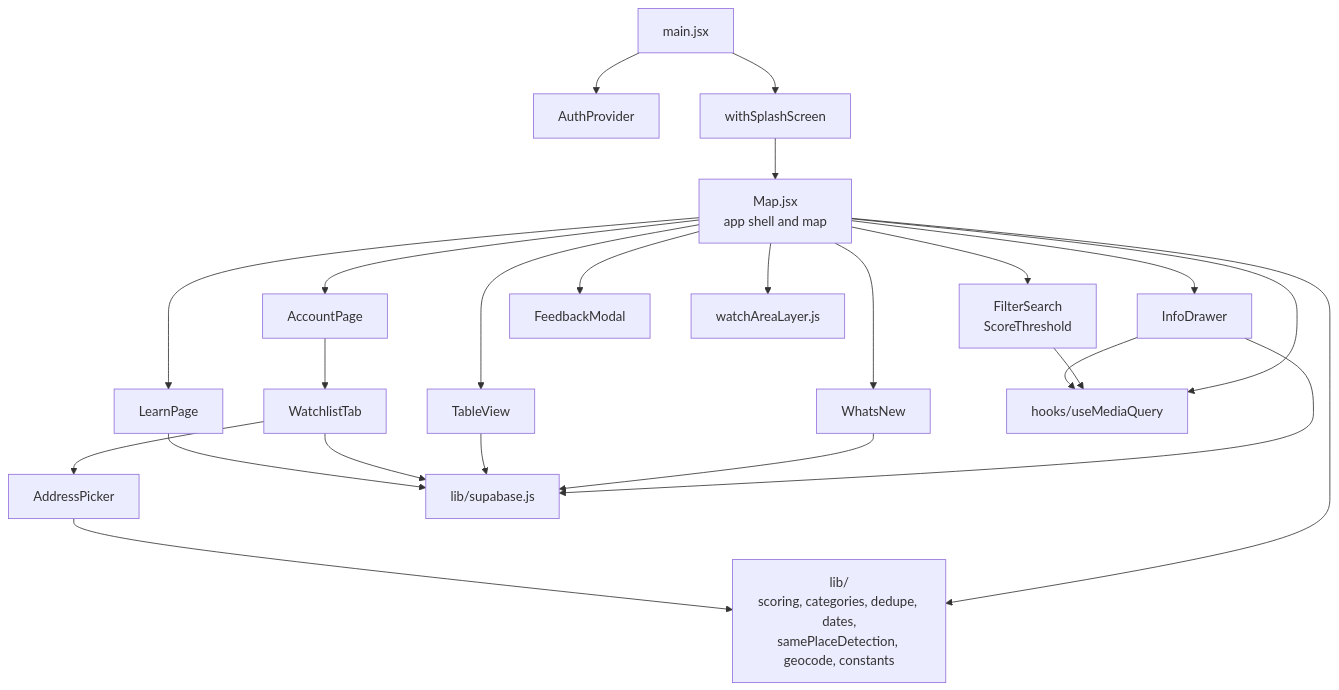
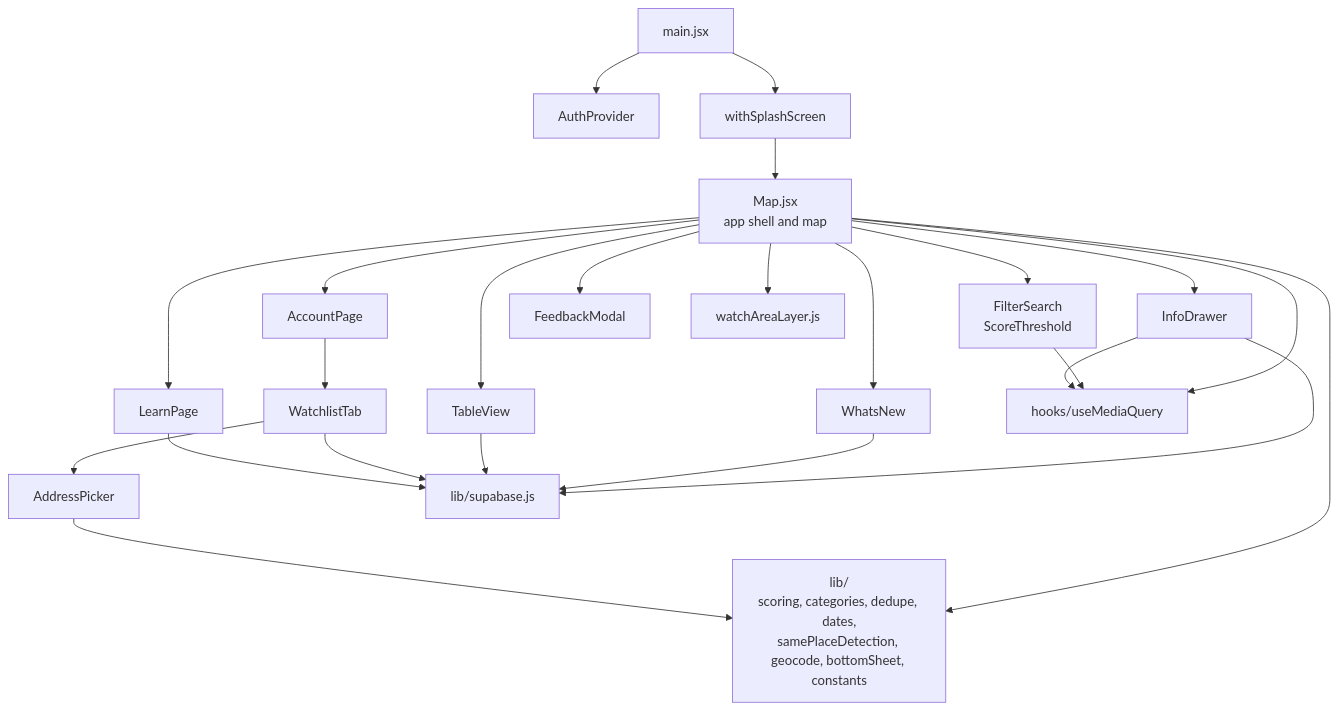
Before and after one commit to AndyGutterman/Louisville-Health-Inspection-Map: the second of 3 diagrams in docs/ARCHITECTURE.md, drawn with Mermaid. The commit also changed other lines of this file and 6 other files, not shown here.

````diff
--- a/docs/ARCHITECTURE.md
+++ b/docs/ARCHITECTURE.md
@@ -35,26 +35,26 @@
 ```mermaid
 flowchart TD
   main["main.jsx"] --> auth["AuthProvider"]
   main --> splash["withSplashScreen"]
   splash --> map["Map.jsx<br/>app shell and map"]
 
   map --> filters["FilterSearch<br/>ScoreThreshold"]
   map --> drawer["InfoDrawer"]
   map --> table["TableView"]
   map --> whatsnew["WhatsNew"]
   map --> acct["AccountPage"] --> wl["WatchlistTab"] --> addr["AddressPicker"]
   map --> learn["LearnPage"]
   map --> feedback["FeedbackModal"]
   map --> wal["watchAreaLayer.js"]
-  map --> lib["lib/<br/>scoring, categories, dedupe, dates,<br/>samePlaceDetection, geocode, constants"]
+  map --> lib["lib/<br/>scoring, categories, dedupe, dates,<br/>samePlaceDetection, geocode, bottomSheet, constants"]
   map --> hooks["hooks/useMediaQuery"]
   filters --> hooks
   drawer --> hooks
   addr --> lib
 
   drawer --> sb["lib/supabase.js"]
   whatsnew --> sb
   table --> sb
   wl --> sb
   learn --> sb
 ```
````
